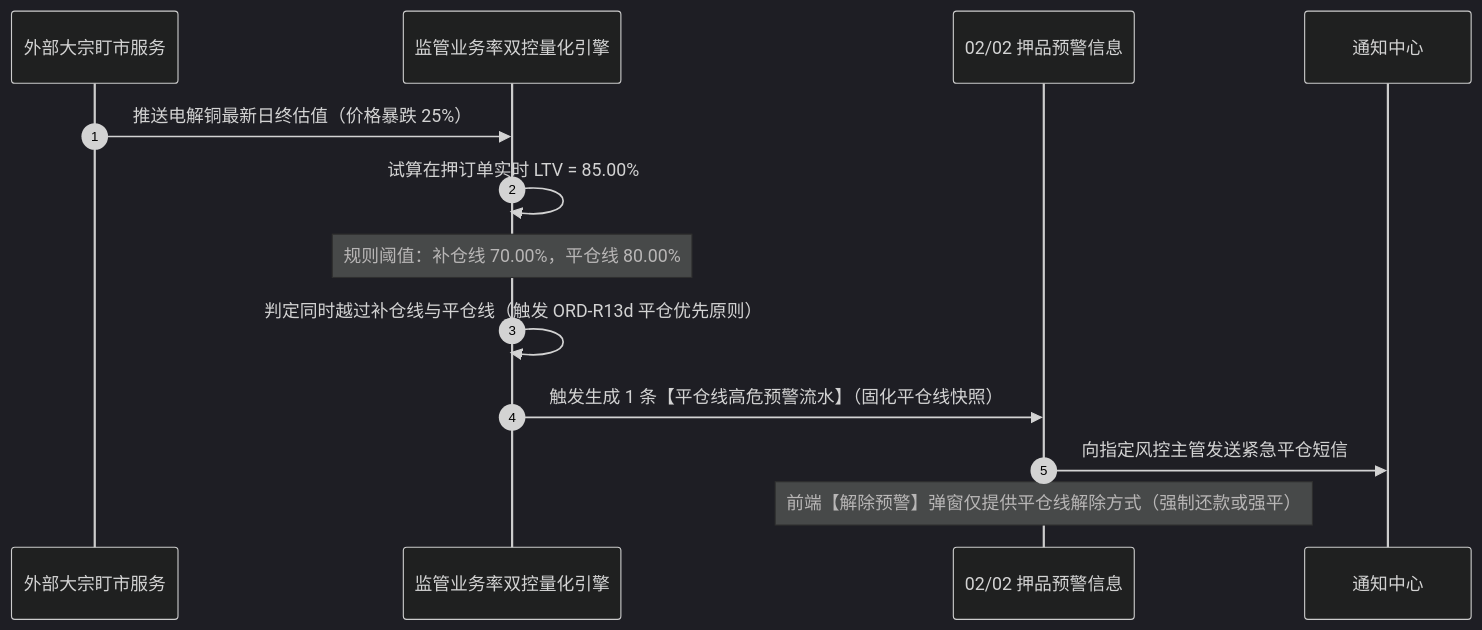
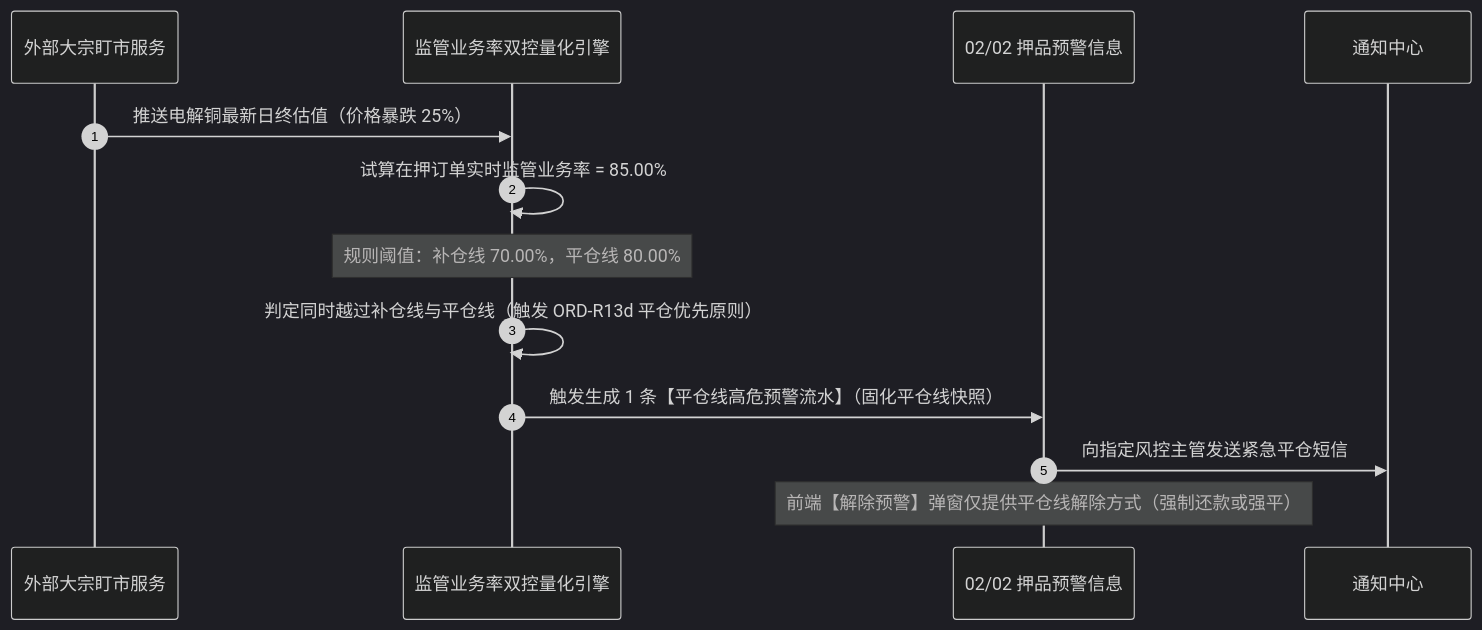
Before and after one commit to RobertHuang999/SYZC: the third of 3 diagrams in 02-PRD文档/B-迭代需求/6.2版本（2026.08）/03-预警配置/03订单预警配置/订单预警配置业务规则规格.md, drawn with Mermaid (dark theme). The commit also changed other lines of this file and 23 other files, not shown here.

````diff
--- a/02-PRD文档/B-迭代需求/6.2版本（2026.08）/03-预警配置/03订单预警配置/订单预警配置业务规则规格.md
+++ b/02-PRD文档/B-迭代需求/6.2版本（2026.08）/03-预警配置/03订单预警配置/订单预警配置业务规则规格.md
@@ -231,16 +231,16 @@
 ```mermaid
 sequenceDiagram
     autonumber
     participant MKT as 外部大宗盯市服务
     participant ENG as 监管业务率双控量化引擎
     participant WARN as 02/02 押品预警信息
     participant NOTIFY as 通知中心
 
     MKT->>ENG: 推送电解铜最新日终估值（价格暴跌 25%）
-    ENG->>ENG: 试算在押订单实时 LTV = 85.00%
+    ENG->>ENG: 试算在押订单实时监管业务率 = 85.00%
     Note over ENG: 规则阈值：补仓线 70.00%，平仓线 80.00%
     ENG->>ENG: 判定同时越过补仓线与平仓线（触发 ORD-R13d 平仓优先原则）
     ENG->>WARN: 触发生成 1 条【平仓线高危预警流水】（固化平仓线快照）
     WARN->>NOTIFY: 向指定风控主管发送紧急平仓短信
     Note over WARN: 前端【解除预警】弹窗仅提供平仓线解除方式（强制还款或强平）
 ```
````
